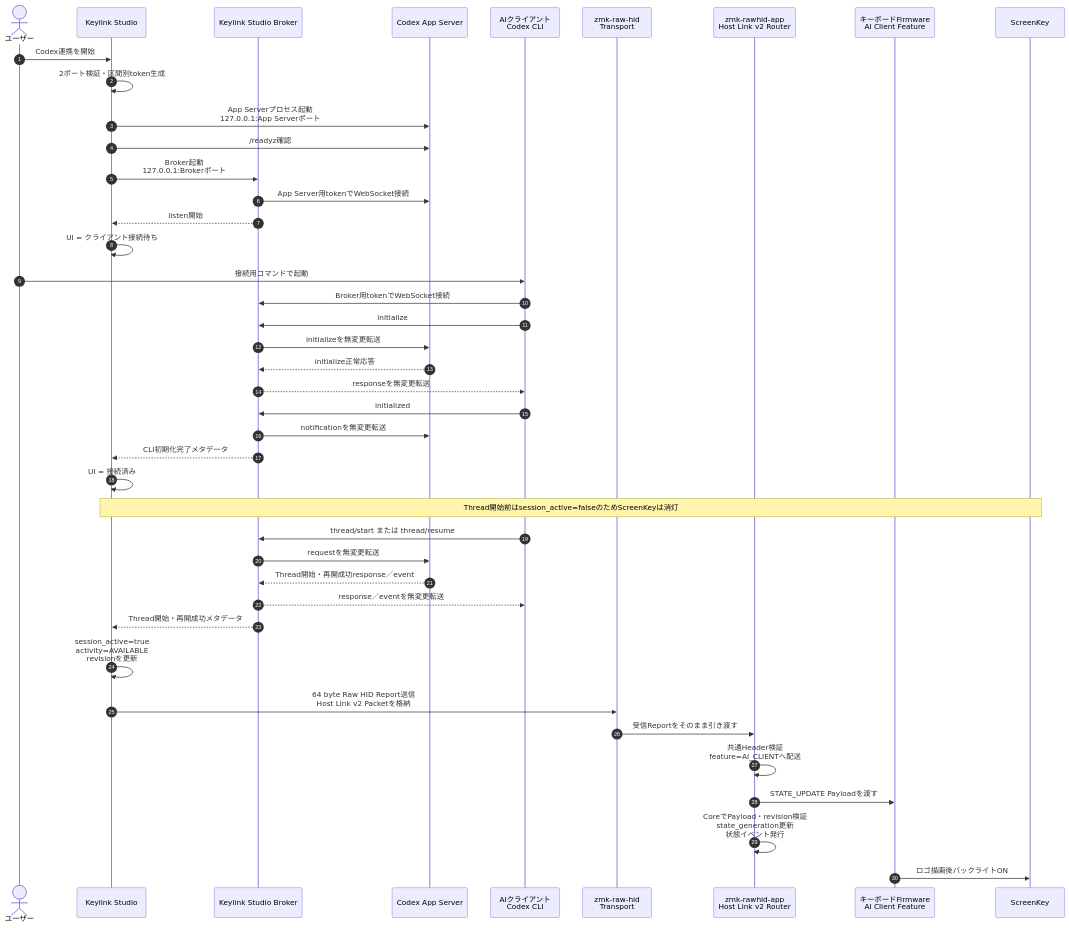
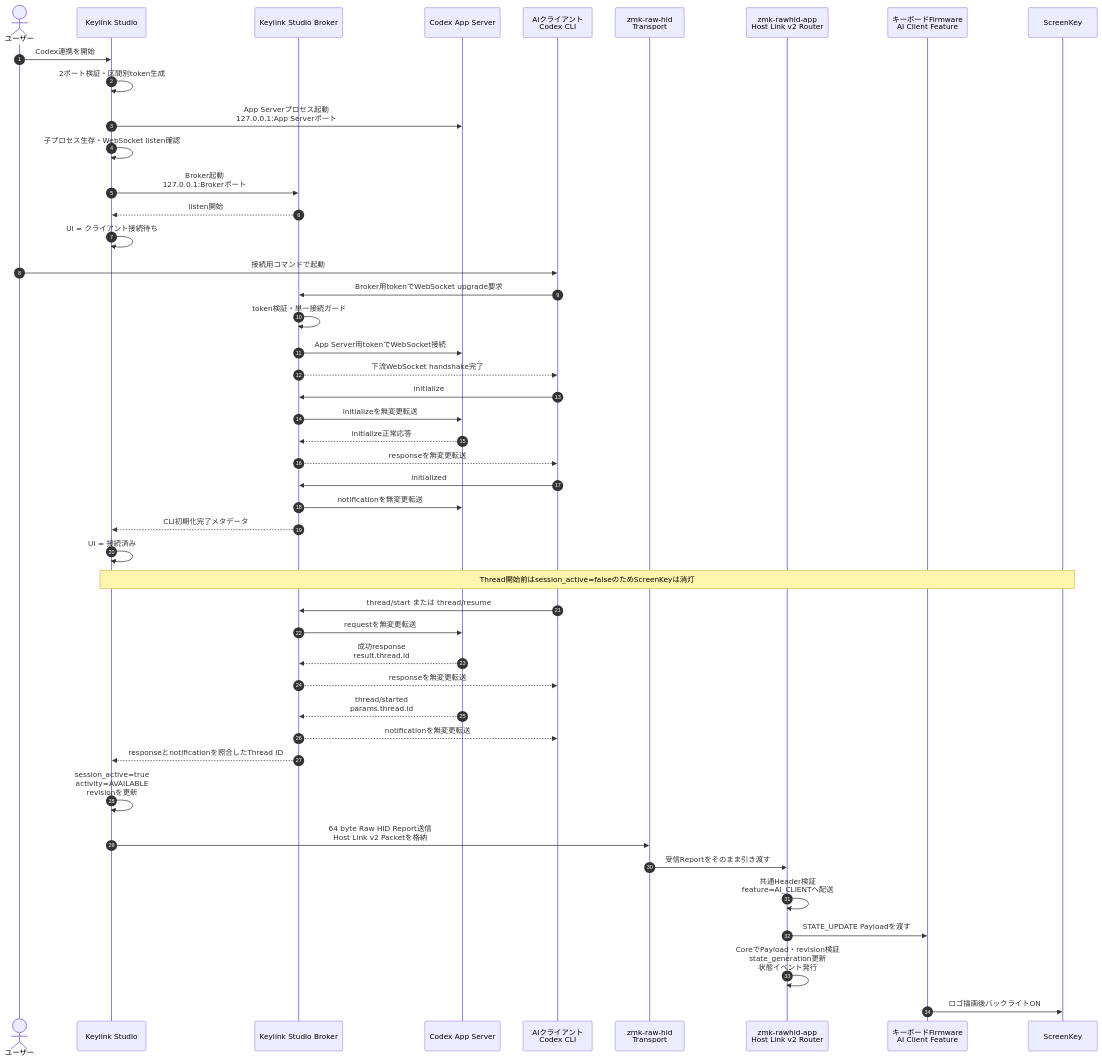
The first of 9 diagrams in docs/keylink-studio-codex-screenkey-prototype-spec-reviewed-v10.md (hrmt-lab/Keylink-Studio), drawn with Mermaid before and after one commit. The commit also changed other lines of this file, not shown here.

Commit message:
docs: align Codex integration with broker architecture

````diff
--- a/docs/keylink-studio-codex-screenkey-prototype-spec-reviewed-v10.md
+++ b/docs/keylink-studio-codex-screenkey-prototype-spec-reviewed-v10.md
@@ -1707,48 +1763,52 @@
 ```mermaid
 sequenceDiagram
     autonumber
     actor User as ユーザー
     participant KS as Keylink Studio
     participant BR as Keylink Studio Broker
     participant AS as Codex App Server
     participant AC as AIクライアント<br/>Codex CLI
     participant RH as zmk-raw-hid<br/>Transport
     participant APP as zmk-rawhid-app<br/>Host Link v2 Router
     participant FW as キーボードFirmware<br/>AI Client Feature
     participant LCD as ScreenKey
 
     User->>KS: Codex連携を開始
     KS->>KS: 2ポート検証・区間別token生成
     KS->>AS: App Serverプロセス起動<br/>127.0.0.1:App Serverポート
-    KS->>AS: /readyz確認
+    KS->>KS: 子プロセス生存・WebSocket listen確認
     KS->>BR: Broker起動<br/>127.0.0.1:Brokerポート
-    BR->>AS: App Server用tokenでWebSocket接続
     BR-->>KS: listen開始
     KS->>KS: UI = クライアント接続待ち
 
     User->>AC: 接続用コマンドで起動
-    AC->>BR: Broker用tokenでWebSocket接続
+    AC->>BR: Broker用tokenでWebSocket upgrade要求
+    BR->>BR: token検証・単一接続ガード
+    BR->>AS: App Server用tokenでWebSocket接続
+    BR-->>AC: 下流WebSocket handshake完了
     AC->>BR: initialize
     BR->>AS: initializeを無変更転送
     AS-->>BR: initialize正常応答
     BR-->>AC: responseを無変更転送
     AC->>BR: initialized
     BR->>AS: notificationを無変更転送
     BR-->>KS: CLI初期化完了メタデータ
     KS->>KS: UI = 接続済み
 
     Note over KS,LCD: Thread開始前はsession_active=falseのためScreenKeyは消灯
 
     AC->>BR: thread/start または thread/resume
     BR->>AS: requestを無変更転送
-    AS-->>BR: Thread開始・再開成功response／event
-    BR-->>AC: response／eventを無変更転送
-    BR-->>KS: Thread開始・再開成功メタデータ
+    AS-->>BR: 成功response<br/>result.thread.id
+    BR-->>AC: responseを無変更転送
+    AS-->>BR: thread/started<br/>params.thread.id
+    BR-->>AC: notificationを無変更転送
+    BR-->>KS: responseとnotificationを照合したThread ID
     KS->>KS: session_active=true<br/>activity=AVAILABLE<br/>revisionを更新
     KS->>RH: 64 byte Raw HID Report送信<br/>Host Link v2 Packetを格納
     RH->>APP: 受信Reportをそのまま引き渡す
     APP->>APP: 共通Header検証<br/>feature=AI_CLIENTへ配送
     APP->>FW: STATE_UPDATE Payloadを渡す
     APP->>APP: CoreでPayload・revision検証<br/>state_generation更新<br/>状態イベント発行
     FW->>LCD: ロゴ描画後バックライトON
 ```
````
